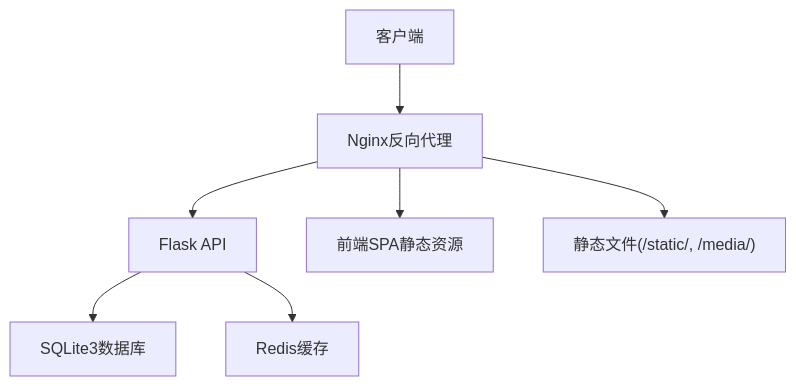
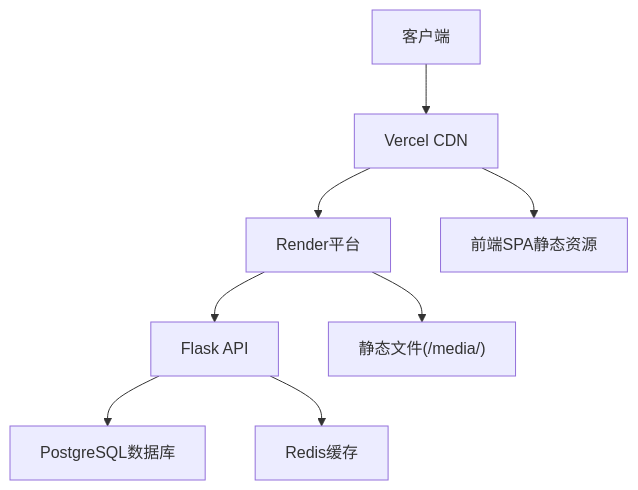
One commit to wyg5208/website_diy changed the second of 3 diagrams in .qoder/repowiki/zh/content/部署配置/部署配置.md. Above: the diagram before and after it, drawn with Mermaid. The commit also changed other lines of this file and 7 other files, not shown here.

````diff
--- a/.qoder/repowiki/zh/content/部署配置/部署配置.md
+++ b/.qoder/repowiki/zh/content/部署配置/部署配置.md
@@ -89,9 +100,10 @@
 ```mermaid
 graph TB
-Client["客户端"] --> Nginx["Nginx反向代理"]
-Nginx --> API["Flask API"]
-Nginx --> SPA["前端SPA静态资源"]
-API --> DB["SQLite3数据库"]
+Client["客户端"] --> Vercel["Vercel CDN"]
+Vercel --> Render["Render平台"]
+Render --> API["Flask API"]
+Render --> Static["静态文件(/media/)"]
+API --> DB["PostgreSQL数据库"]
 API --> Cache["Redis缓存"]
-Nginx --> Static["静态文件(/static/, /media/)"]
+Vercel --> SPA["前端SPA静态资源"]
 ```
````
